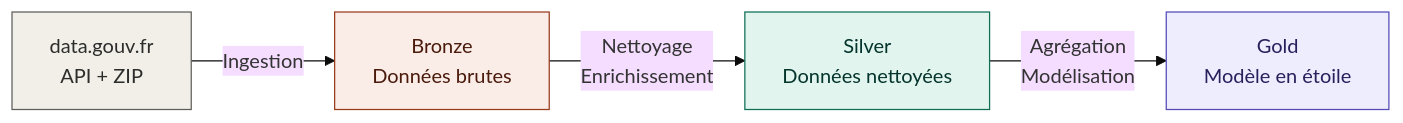
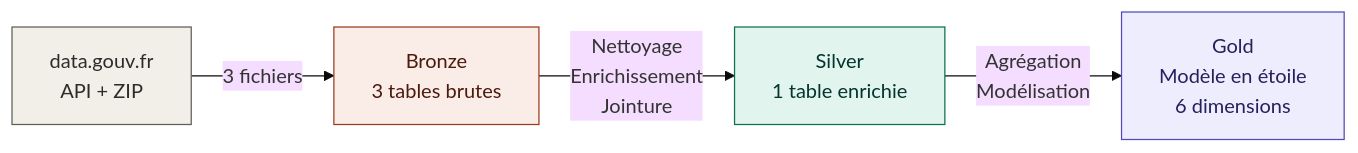
One commit to MariamDouamba/water-quality-pipeline changed the first of 3 diagrams in README.md. Above: the diagram before and after it, drawn with Mermaid (base theme). The commit also changed other lines of this file, not shown here.

First line of the commit message:
docs: update README with Mermaid diagrams and full model

````diff
--- a/README.md
+++ b/README.md
@@ -7,11 +7,11 @@
 ```mermaid
 flowchart LR
-    A[data.gouv.fr\nAPI + ZIP] -->|Ingestion| B[Bronze\nDonnées brutes]
-    B -->|Nettoyage\nEnrichissement| C[Silver\nDonnées nettoyées]
-    C -->|Agrégation\nModélisation| D[Gold\nModèle en étoile]
-    
+    A[data.gouv.fr\nAPI + ZIP] -->|3 fichiers| B[Bronze\n3 tables brutes]
+    B -->|Nettoyage\nEnrichissement\nJointure| C[Silver\n1 table enrichie]
+    C -->|Agrégation\nModélisation| D[Gold\nModèle en étoile\n6 dimensions]
+
     style A fill:#f1efe8,stroke:#5f5e5a,color:#2c2c2a
     style B fill:#faece7,stroke:#993c1d,color:#4a1b0c
     style C fill:#e1f5ee,stroke:#0f6e56,color:#04342c
     style D fill:#eeedfe,stroke:#534ab7,color:#26215c
 ```
````
